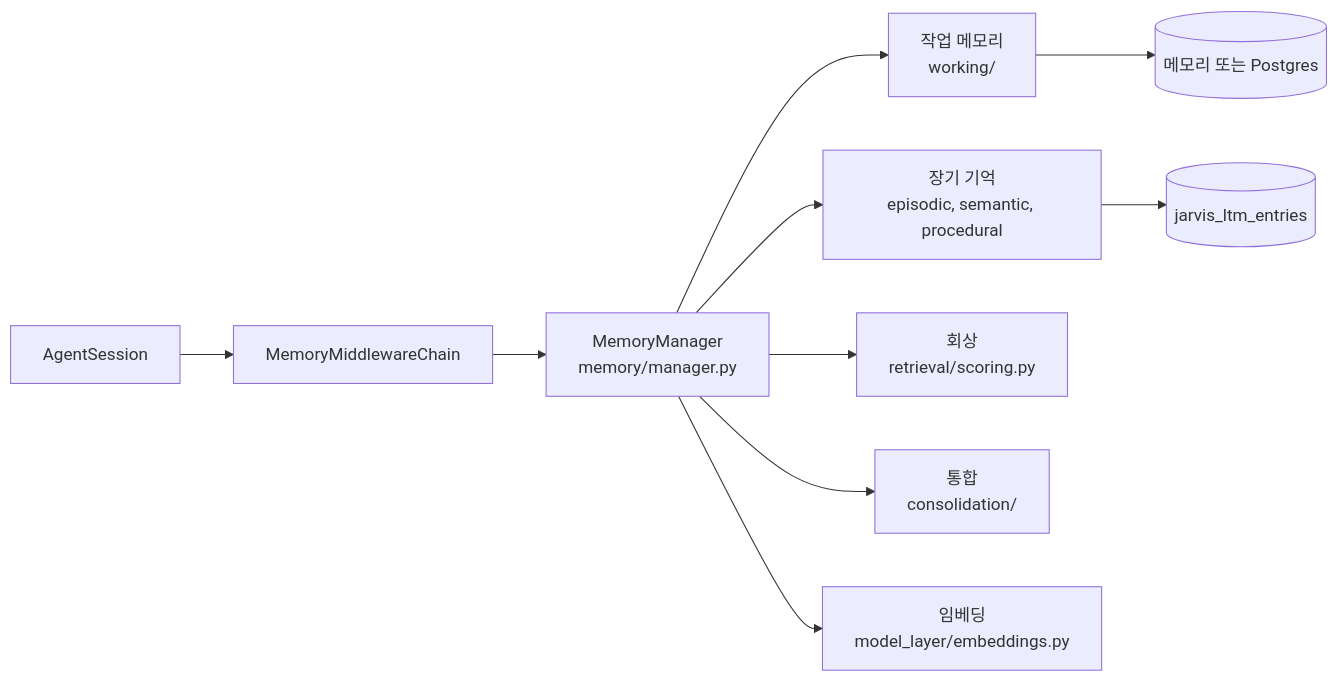
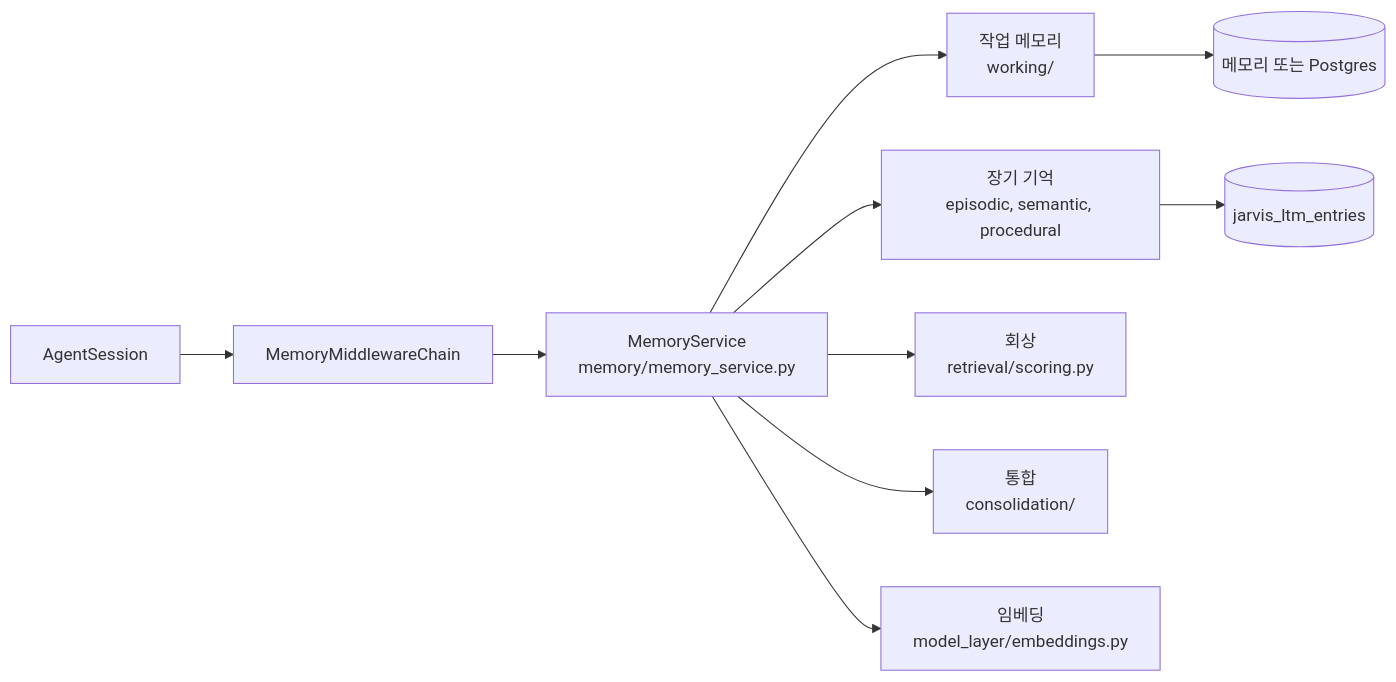
Before and after one commit to ash-hun/jarvis-agent: the seventh of 11 diagrams in website/docs/services.md, drawn with Mermaid. The commit also changed other lines of this file and 384 other files, not shown here.

````diff
--- a/website/docs/services.md
+++ b/website/docs/services.md
@@ -162,12 +166,12 @@
 ```mermaid
 flowchart LR
   SES[AgentSession] --> CHAIN[MemoryMiddlewareChain]
-  CHAIN --> MGR[MemoryManager<br/>memory/manager.py]
+  CHAIN --> MGR[MemoryService<br/>memory/memory_service.py]
   MGR --> WM[작업 메모리<br/>working/]
   MGR --> LT[장기 기억<br/>episodic, semantic, procedural]
   MGR --> RET[회상<br/>retrieval/scoring.py]
   MGR --> CON[통합<br/>consolidation/]
   MGR --> EMB[임베딩<br/>model_layer/embeddings.py]
   WM --> S1[(메모리 또는 Postgres)]
   LT --> S2[(jarvis_ltm_entries)]
 ```
````
